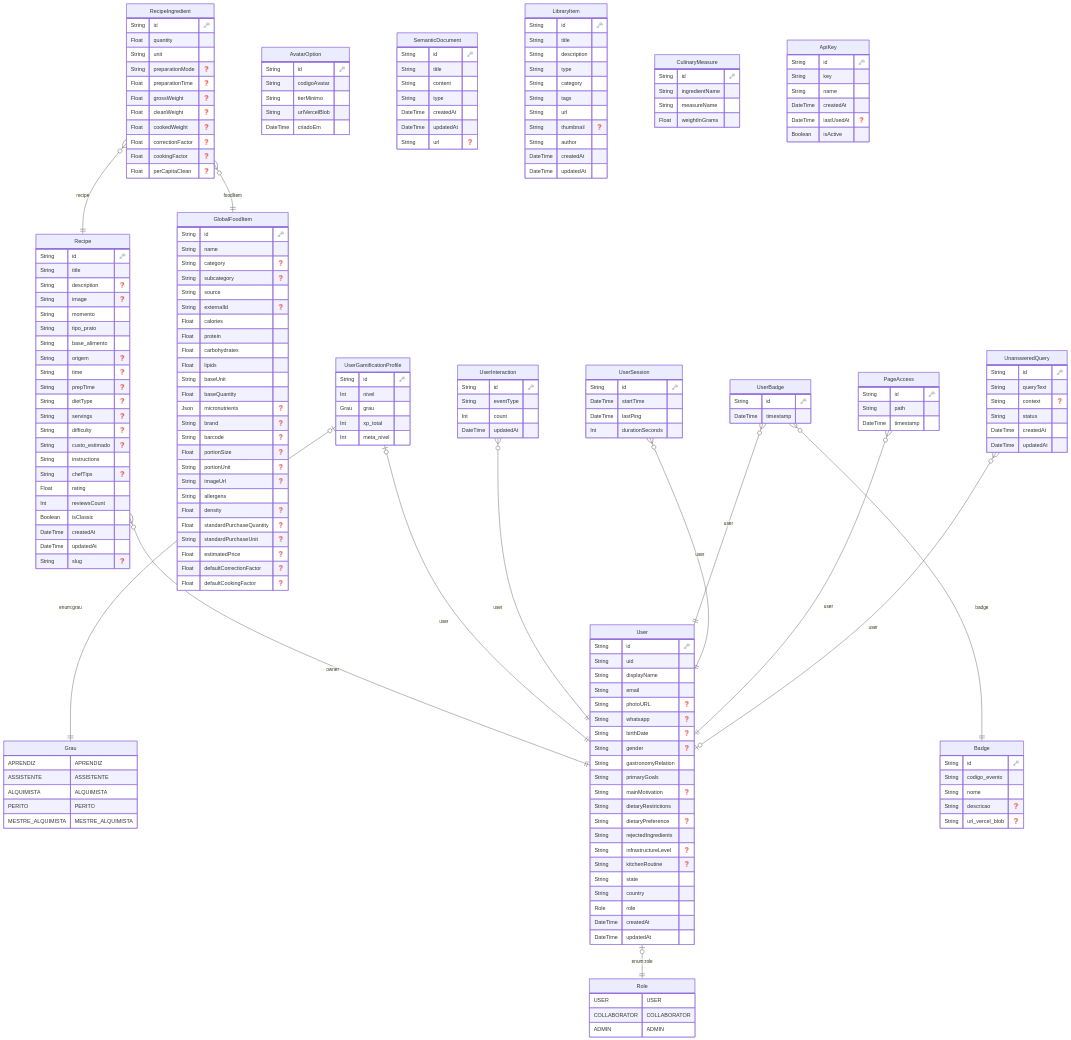
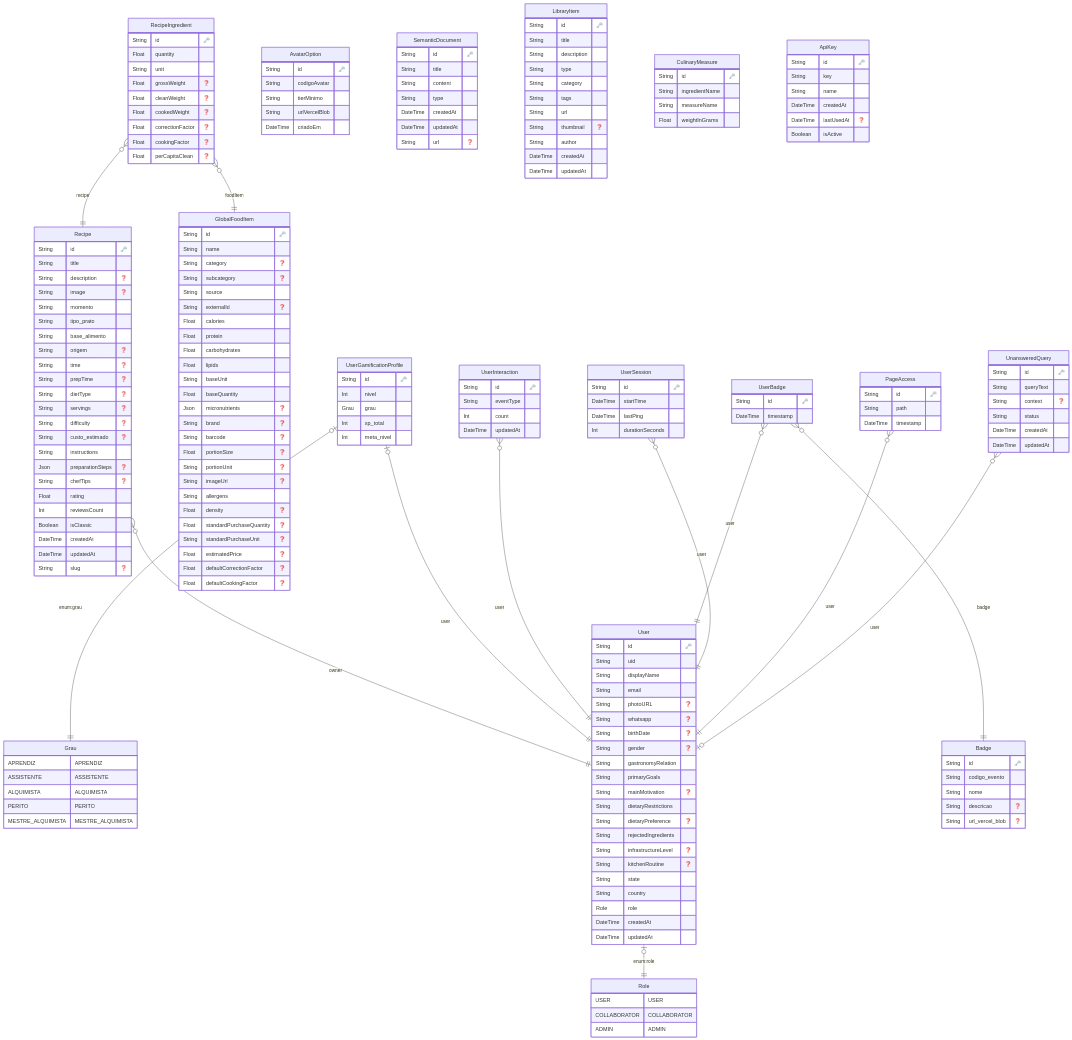
The diagram in specs/ERD.md (Sarge2024/alchemist), drawn with Mermaid before and after one commit. The commit also changed 8 other files, not shown here.

Commit message:
fix: handle empty input defaults for nutritional values and implement recipe preparation steps workflow

```diff
--- a/specs/ERD.md
+++ b/specs/ERD.md
@@ -58,6 +58,7 @@
     String difficulty "❓"
     String custo_estimado "❓"
     String instructions 
+    Json preparationSteps "❓"
     String chefTips "❓"
     Float rating 
     Int reviewsCount 
@@ -101,8 +102,6 @@
     String id "🗝️"
     Float quantity 
     String unit 
-    String preparationMode "❓"
-    Float preparationTime "❓"
     Float grossWeight "❓"
     Float cleanWeight "❓"
     Float cookedWeight "❓"
```
